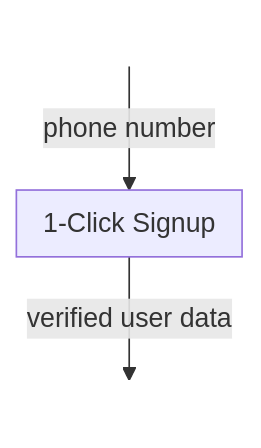
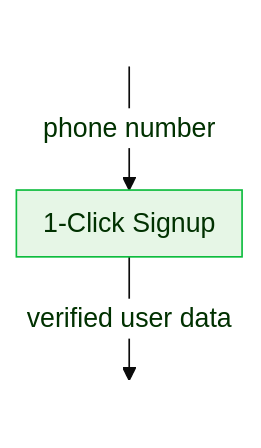
The first of 5 diagrams in docs/1-click-signup.mdx (VerifiedInc/VerifiedInc.github.io), drawn with Mermaid before and after one commit. The commit also changed other lines of this file and 2 other files, not shown here.

````diff
--- a/docs/1-click-signup.mdx
+++ b/docs/1-click-signup.mdx
@@ -101,11 +101,26 @@
         ```mermaid
+        %%{
+            init: {
+                'theme': 'base',
+                'themeVariables': {
+                    'primaryColor': '#e6f6e6',
+                    'primaryTextColor': '#003100',
+                    'primaryBorderColor': '#0dbc3d',
+                    'secondaryColor': '#eef9fd',
+                    'secondaryTextColor': '#193c47',
+                    'secondaryBorderColor': '#164fd6',
+                    'edgeLabelBackground': '#ffffff',
+                    'textColor': '#000000'
+                }
+            }
+        }%%
         flowchart TD
             A[ ] -->|phone number| 1-click-signup
             subgraph 1-click-signup [1-Click Signup]
                 
             end
             1-click-signup -->|verified user data| C[ ] 
 
             style A fill-opacity:0, stroke-opacity:0;
             style C  fill-opacity:0, stroke-opacity:0;
         ```
````
